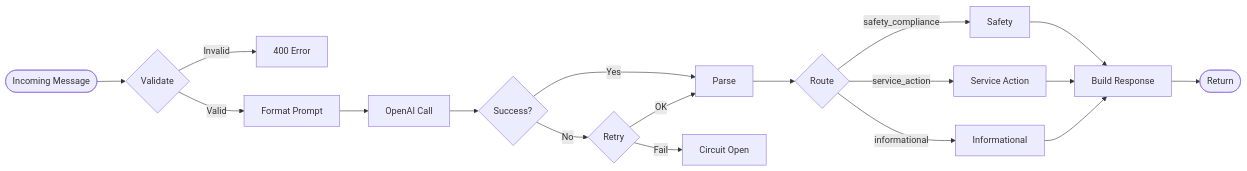
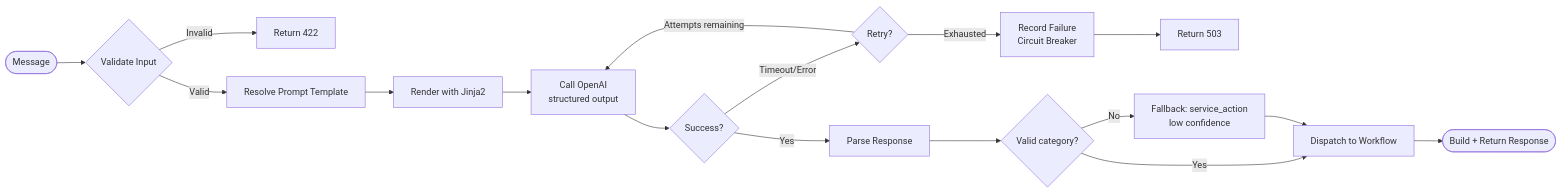
One commit to kvasilopoulos/contact-center changed the third of 3 diagrams in docs/architecture.md. Above: the diagram before and after it, drawn with Mermaid. The commit also changed other lines of this file and 9 other files, not shown here.

````diff
--- a/docs/architecture.md
+++ b/docs/architecture.md
@@ -68,20 +81,19 @@
 ```mermaid
 flowchart LR
-    A([Incoming Message]) --> B{Validate}
-    B -->|Invalid| E1[400 Error]
-    B -->|Valid| C[Format Prompt]
-    C --> D[OpenAI Call]
-    D --> F{Success?}
-    F -->|No| G{Retry}
-    G -->|OK| H[Parse]
-    G -->|Fail| O[Circuit Open]
-    F -->|Yes| H
-    H --> I{Route}
-    I -->|informational| J[Informational]
-    I -->|service_action| K[Service Action]
-    I -->|safety_compliance| L[Safety]
-    J --> M[Build Response]
-    K --> M
+    A([Message]) --> B{Validate Input}
+    B -->|Invalid| E1[Return 422]
+    B -->|Valid| C[Resolve Prompt Template]
+    C --> D[Render with Jinja2]
+    D --> E[Call OpenAI<br/>structured output]
+    E --> F{Success?}
+    F -->|Timeout/Error| G{Retry?}
+    G -->|Attempts remaining| E
+    G -->|Exhausted| H[Record Failure<br/>Circuit Breaker]
+    H --> I[Return 503]
+    F -->|Yes| J[Parse Response]
+    J --> K{Valid category?}
+    K -->|No| L[Fallback: service_action<br/>low confidence]
+    K -->|Yes| M[Dispatch to Workflow]
     L --> M
-    M --> N([Return])
+    M --> N([Build + Return Response])
 ```
````
